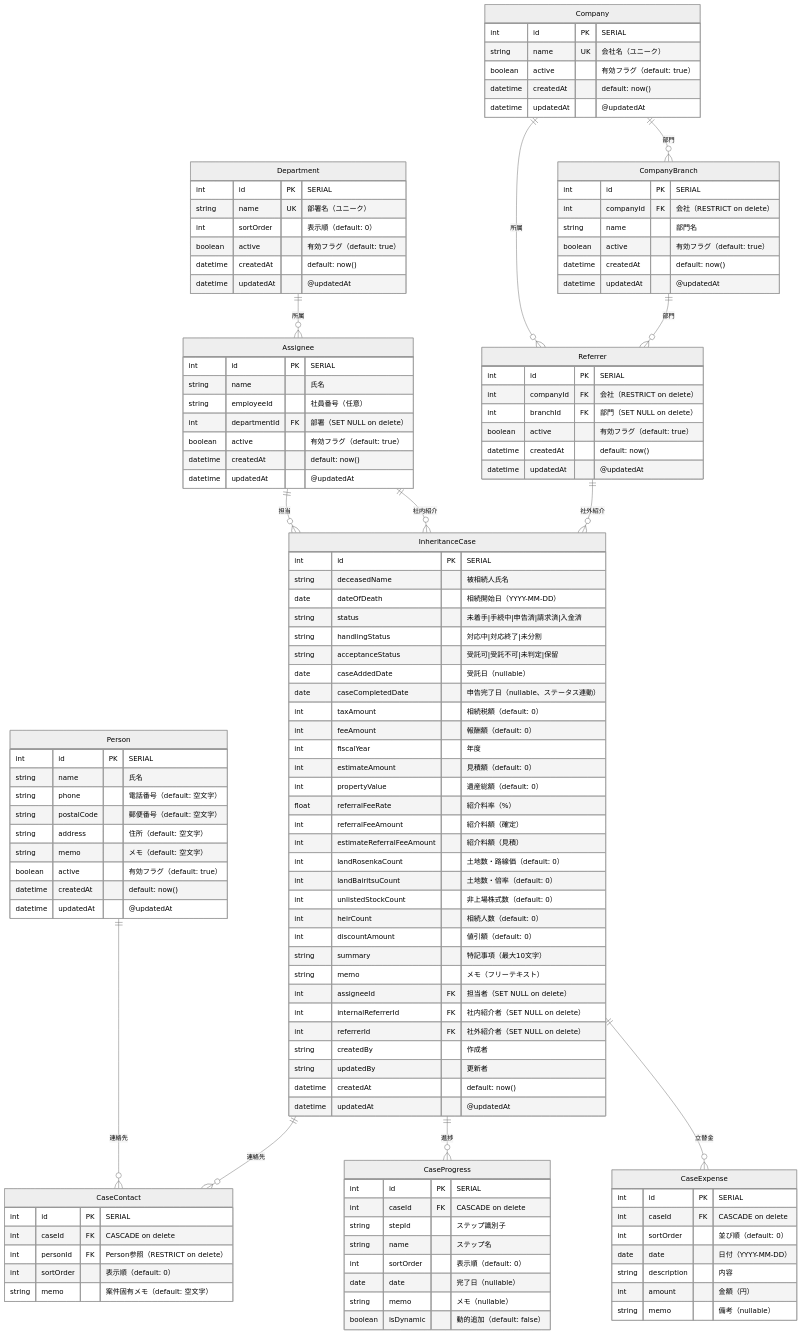
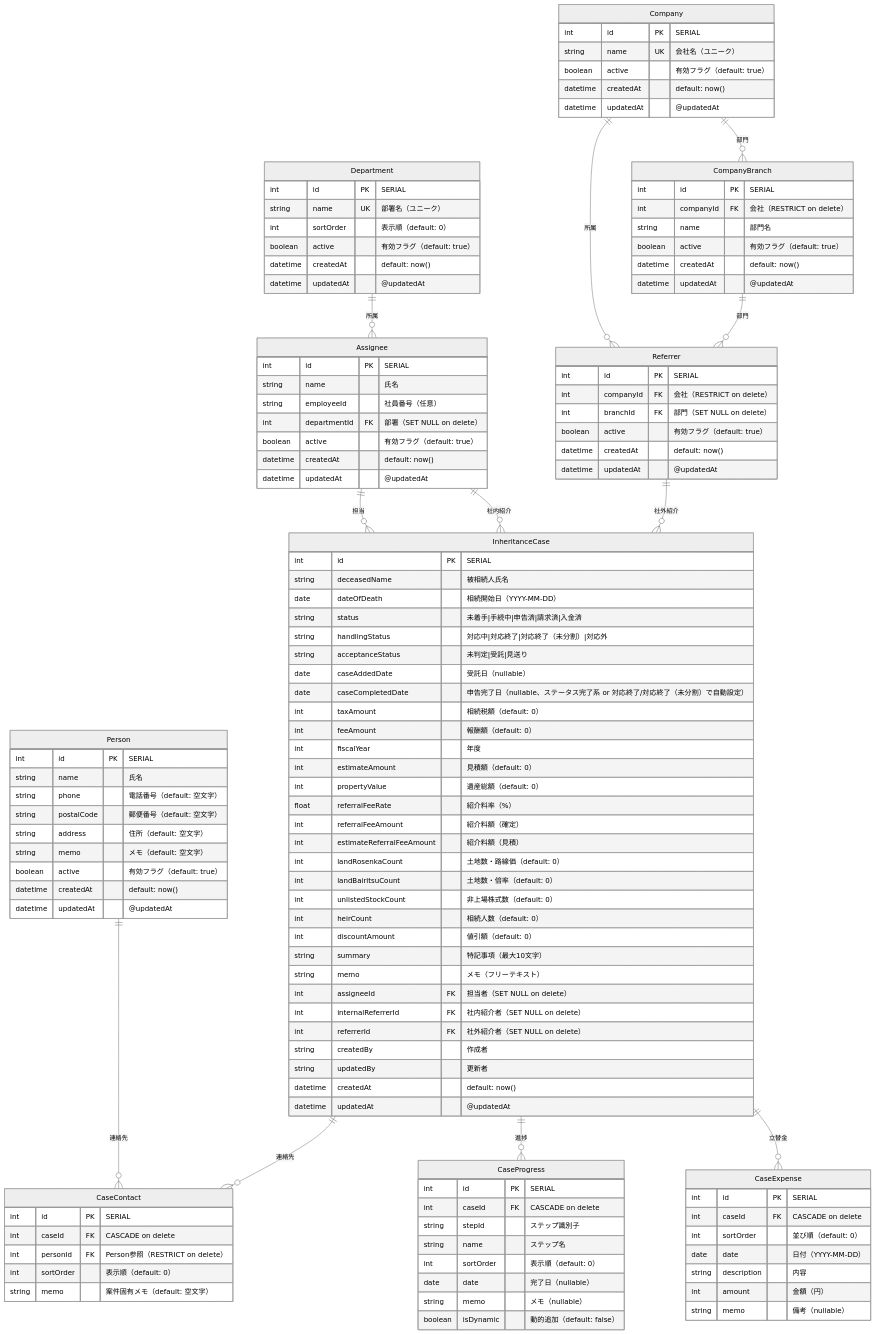
The diagram in apps/inheritance-case-management/README.md (kojima1978/tax_apps), drawn with Mermaid (neutral theme) before and after one commit. The commit also changed other lines of this file and 20 other files, not shown here.

```diff
--- a/apps/inheritance-case-management/README.md
+++ b/apps/inheritance-case-management/README.md
@@ -571,10 +571,10 @@
         string deceasedName "被相続人氏名"
         date dateOfDeath "相続開始日（YYYY-MM-DD）"
         string status "未着手|手続中|申告済|請求済|入金済"
-        string handlingStatus "対応中|対応終了|未分割"
-        string acceptanceStatus "受託可|受託不可|未判定|保留"
+        string handlingStatus "対応中|対応終了|対応終了（未分割）|対応外"
+        string acceptanceStatus "未判定|受託|見送り"
         date caseAddedDate "受託日（nullable）"
-        date caseCompletedDate "申告完了日（nullable、ステータス連動）"
+        date caseCompletedDate "申告完了日（nullable、ステータス完了系 or 対応終了/対応終了（未分割）で自動設定）"
         int taxAmount "相続税額（default: 0）"
         int feeAmount "報酬額（default: 0）"
         int fiscalYear "年度"
```
